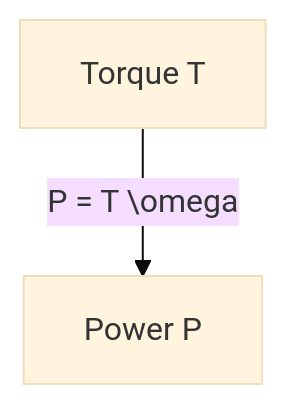
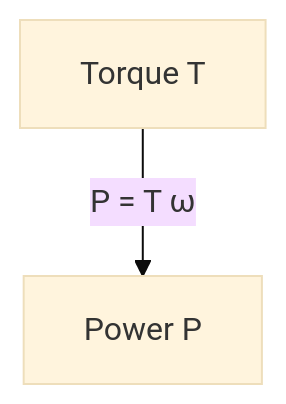
One commit to futuroptimist/flywheel changed the fifth of 6 diagrams in docs/flywheel-physics.md. Above: the diagram before and after it, drawn with Mermaid (base theme). The commit also changed other lines of this file and 3 other files, not shown here.

First line of the commit message:
📝 docs: validate mermaid diagrams

````diff
--- a/docs/flywheel-physics.md
+++ b/docs/flywheel-physics.md
@@ -194,4 +194,4 @@
 ```mermaid
 graph TD
-    T[Torque T] -->|P = T \omega| Pwr[Power P]
+    T[Torque T] -->|"P = T ω"| Pwr[Power P]
 ```
````
